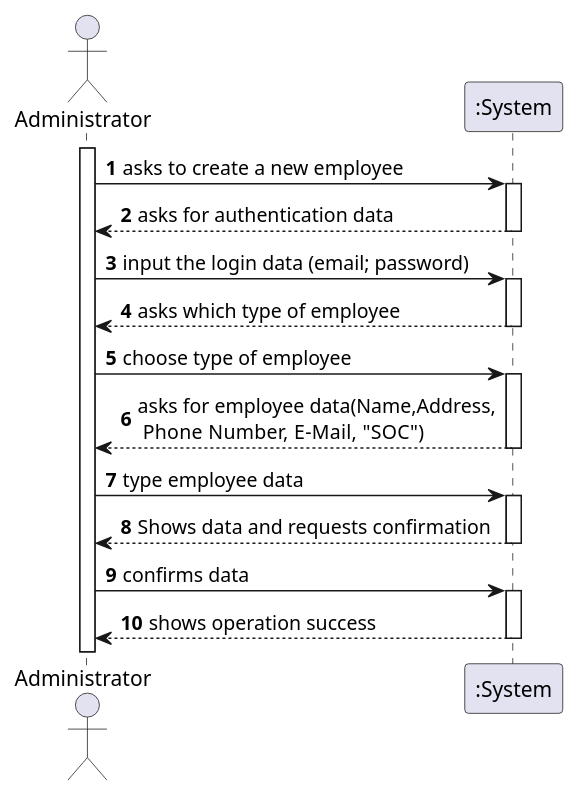
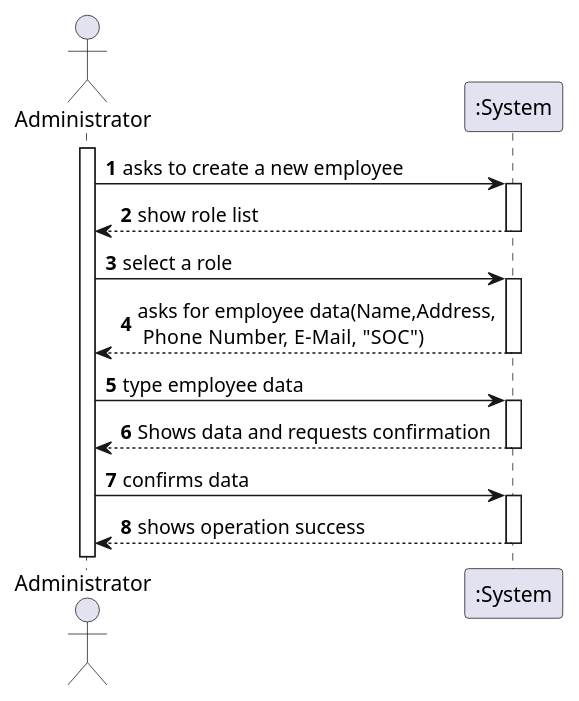
Before and after one commit to MarianaCLages/LAPR2: the diagram in docs/SprintB/US7/US07_SSD.puml, drawn with PlantUML. The commit also changed 4 other files, not shown here.

```diff
--- a/docs/SprintB/US7/US07_SSD.puml
+++ b/docs/SprintB/US7/US07_SSD.puml
@@ -1,35 +1,31 @@
 @startuml
 'https://plantuml.com/sequence-diagram
 
 autonumber
 
 actor "Administrator" as ADM
 
 activate ADM
 
 ADM -> ":System" : asks to create a new employee
 activate ":System"
-":System" --> ADM: asks for authentication data
+
+ADM <-- ":System": show role list
 deactivate ":System"
 
-ADM -> ":System": input the login data (email; password)
-activate ":System"
-ADM <-- ":System": asks which type of employee
-deactivate ":System"
-
-ADM -> ":System": choose type of employee
+ADM -> ":System": select a role
 activate ":System"
 ADM <-- ":System": asks for employee data(Name,Address,\n Phone Number, E-Mail,  "SOC")
 deactivate ":System"
 
 ADM -> ":System": type employee data
 activate ":System"
 ADM <-- ":System": Shows data and requests confirmation
 deactivate ":System"
 
 ADM -> ":System": confirms data
 activate ":System"
 ADM <-- ":System": shows operation success
 deactivate ":System"
 
 @enduml
```
